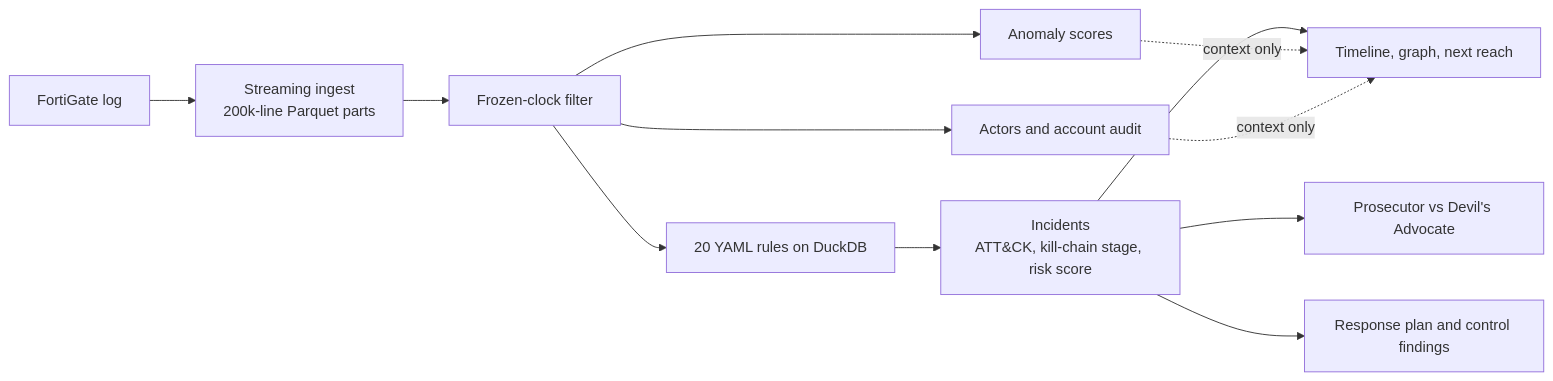
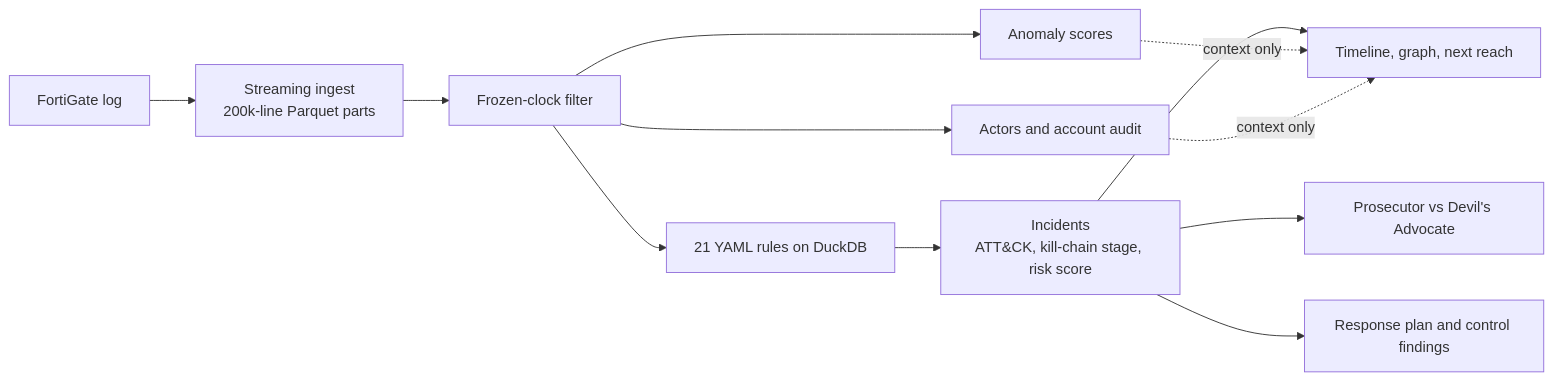
The diagram in README.md (Jival-Raghav/PROJECT_KAVACH), drawn with Mermaid before and after one commit. The commit also changed other lines of this file and 15 other files, not shown here.

````diff
--- a/README.md
+++ b/README.md
@@ -76,14 +76,14 @@
 ```mermaid
 flowchart LR
     L[FortiGate log] --> I[Streaming ingest<br/>200k-line Parquet parts]
     I --> S[Frozen-clock filter]
-    S --> R[20 YAML rules on DuckDB]
+    S --> R[21 YAML rules on DuckDB]
     R --> C[Incidents<br/>ATT&CK, kill-chain stage, risk score]
     C --> V[Timeline, graph, next reach]
     C --> E[Prosecutor vs Devil's Advocate]
     C --> P[Response plan and control findings]
     S --> A[Anomaly scores]
     S --> N[Actors and account audit]
     A -. context only .-> V
     N -. context only .-> V
 ```
````
